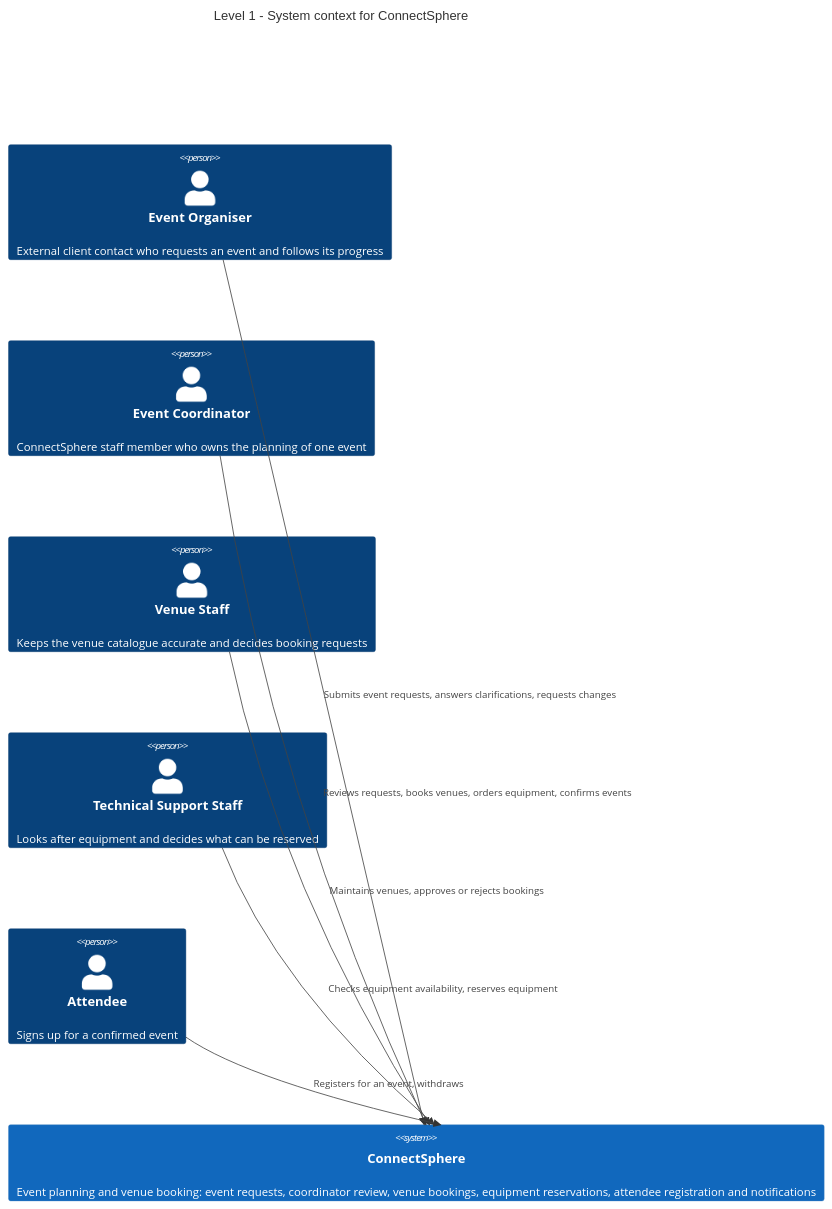
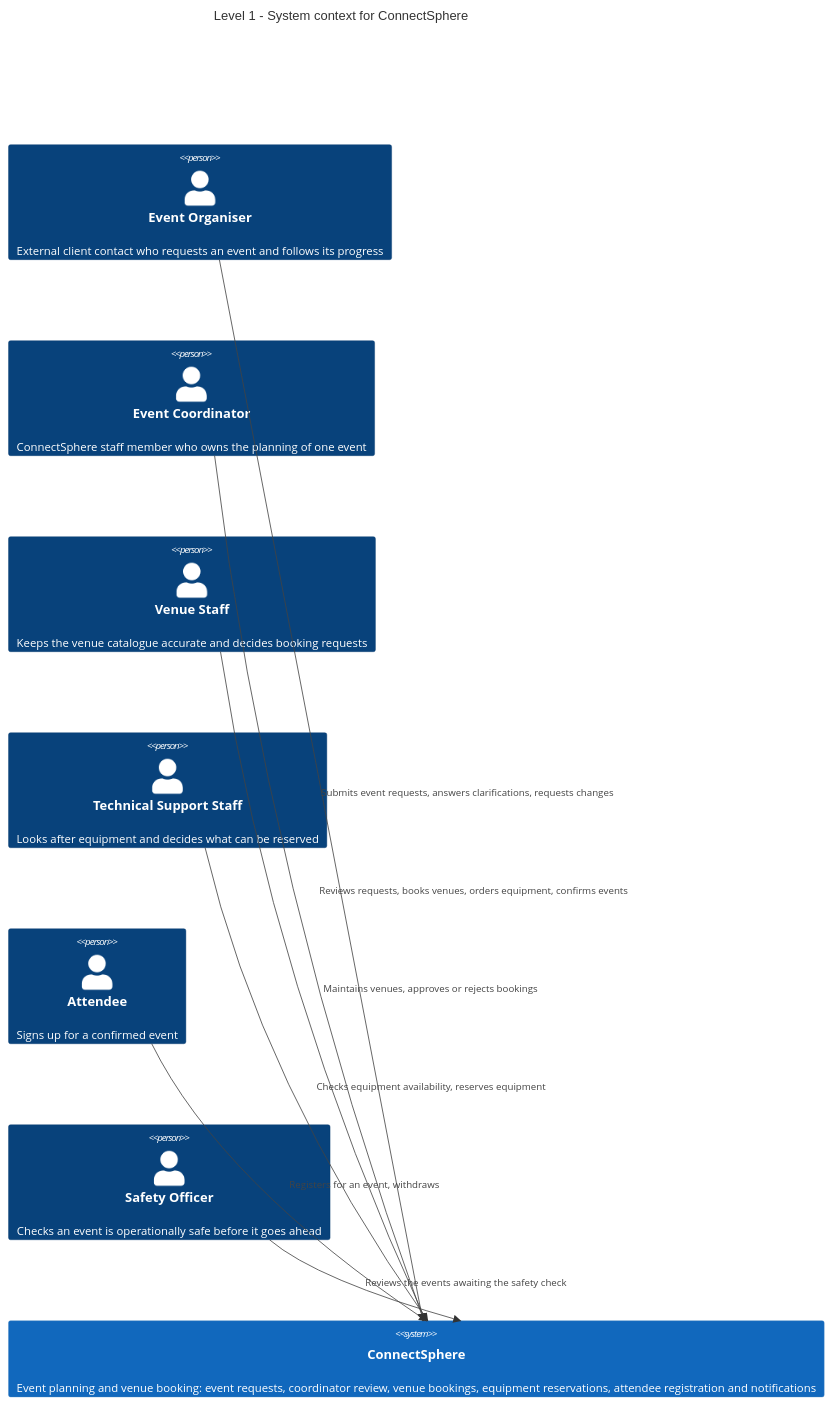
One commit to mecmk/SPM-G5 changed the first of 7 diagrams in docs/C4_MODEL.md. Above: the diagram before and after it, drawn with Mermaid. The commit also changed other lines of this file and 18 other files, not shown here.

First line of the commit message:
fix: address review of the safety check queue

````diff
--- a/docs/C4_MODEL.md
+++ b/docs/C4_MODEL.md
@@ -27,20 +27,22 @@
 ```mermaid
 C4Context
     title Level 1 - System context for ConnectSphere
 
     Person(organiser, "Event Organiser", "External client contact who requests an event and follows its progress")
     Person(coordinator, "Event Coordinator", "ConnectSphere staff member who owns the planning of one event")
     Person(venueStaff, "Venue Staff", "Keeps the venue catalogue accurate and decides booking requests")
     Person(techStaff, "Technical Support Staff", "Looks after equipment and decides what can be reserved")
     Person(attendee, "Attendee", "Signs up for a confirmed event")
+    Person(safetyOfficer, "Safety Officer", "Checks an event is operationally safe before it goes ahead")
 
     System(connectsphere, "ConnectSphere", "Event planning and venue booking: event requests, coordinator review, venue bookings, equipment reservations, attendee registration and notifications")
 
     Rel(organiser, connectsphere, "Submits event requests, answers clarifications, requests changes")
     Rel(coordinator, connectsphere, "Reviews requests, books venues, orders equipment, confirms events")
     Rel(venueStaff, connectsphere, "Maintains venues, approves or rejects bookings")
     Rel(techStaff, connectsphere, "Checks equipment availability, reserves equipment")
     Rel(attendee, connectsphere, "Registers for an event, withdraws")
+    Rel(safetyOfficer, connectsphere, "Reviews the events awaiting the safety check")
 
     UpdateLayoutConfig($c4ShapeInRow="3", $c4BoundaryInRow="1")
 ```
````
